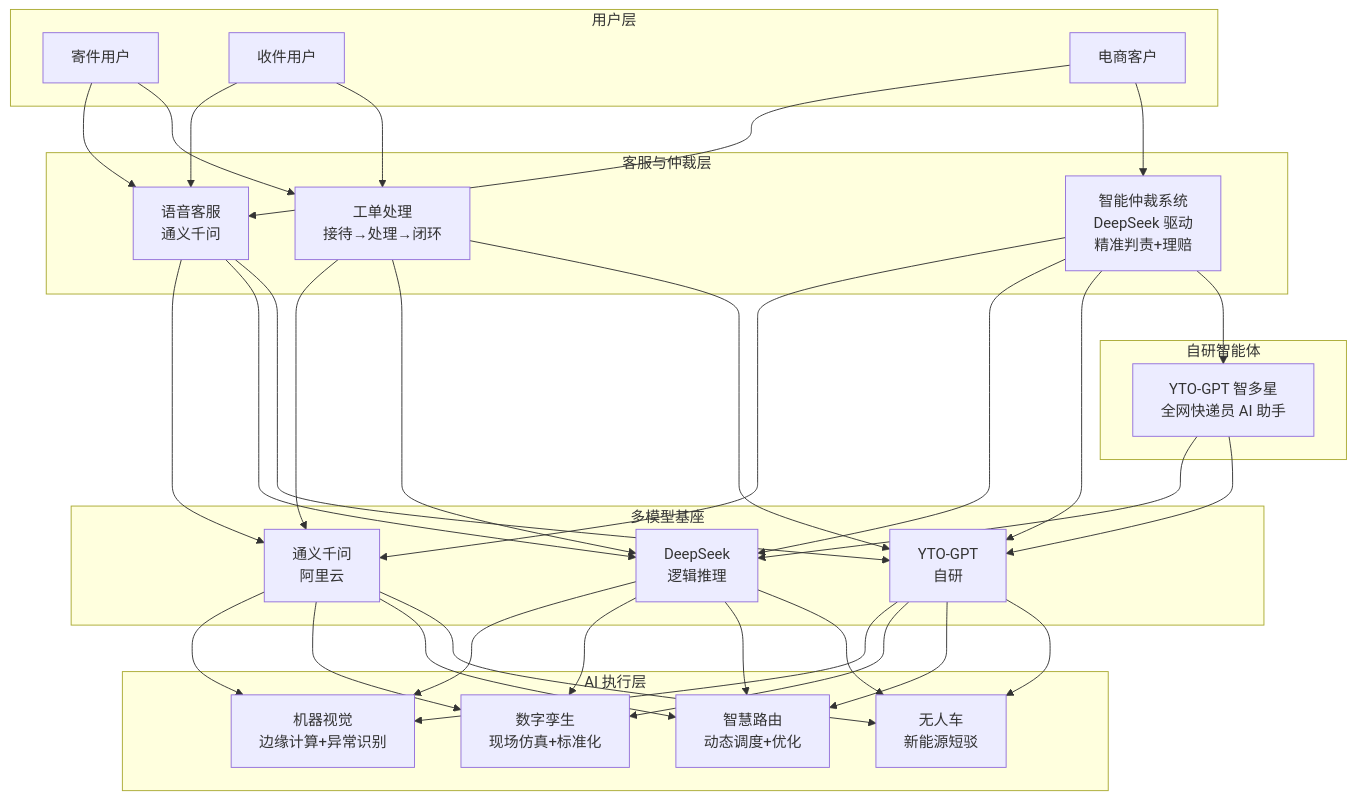
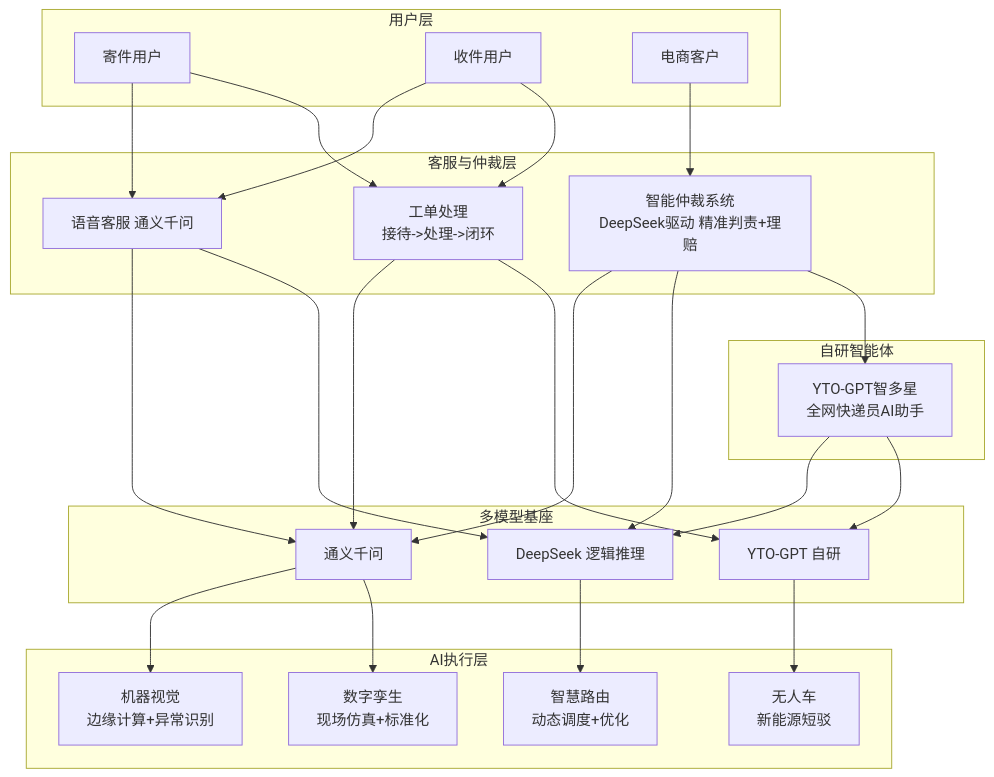
Before and after one commit to wly-163/grid-qa: the fifth of 8 diagrams in 供应链物流智能客服Agent架构图.md, drawn with Mermaid. The commit also changed other lines of this file, not shown here.

First line of the commit message:
fix: 修复Mermaid图语法-去掉&多目标箭头和emoji

````diff
--- a/供应链物流智能客服Agent架构图.md
+++ b/供应链物流智能客服Agent架构图.md
@@ -268,39 +324,50 @@
 ```mermaid
 flowchart TB
     subgraph 用户层
-        S["寄件用户"]
+        S1["寄件用户"]
         R["收件用户"]
         B["电商客户"]
     end
 
     subgraph 客服与仲裁层
-        VS["语音客服<br>通义千问"]
-        ARB["智能仲裁系统<br>DeepSeek 驱动<br>精准判责+理赔"]
-        TK["工单处理<br>接待→处理→闭环"]
+        VS["语音客服 通义千问"]
+        ARB["智能仲裁系统<br>DeepSeek驱动 精准判责+理赔"]
+        TK["工单处理<br>接待->处理->闭环"]
     end
 
     subgraph 自研智能体
-        YTO["YTO-GPT 智多星<br>全网快递员 AI 助手"]
+        YTO["YTO-GPT智多星<br>全网快递员AI助手"]
     end
 
     subgraph 多模型基座
-        QW["通义千问<br>阿里云"]
-        DS["DeepSeek<br>逻辑推理"]
-        YG["YTO-GPT<br>自研"]
+        QW["通义千问"]
+        DS["DeepSeek 逻辑推理"]
+        YG["YTO-GPT 自研"]
     end
 
-    subgraph AI 执行层
+    subgraph AI执行层
         CV["机器视觉<br>边缘计算+异常识别"]
         DT["数字孪生<br>现场仿真+标准化"]
-        SR["智慧路由<br>动态调度+优化"]
+        SR2["智慧路由<br>动态调度+优化"]
         UV["无人车<br>新能源短驳"]
     end
 
-    S & R & B --> VS
+    S1 --> VS
+    R --> VS
     B --> ARB
-    S & R --> TK
-    VS & ARB & TK --> QW & DS & YG
-    YTO --> DS & YG
-    QW & DS & YG --> CV & DT & SR & UV
+    S1 --> TK
+    R --> TK
+    VS --> QW
+    VS --> DS
+    ARB --> QW
+    ARB --> DS
+    TK --> QW
+    TK --> YG
+    YTO --> DS
+    YTO --> YG
+    QW --> CV
+    QW --> DT
+    DS --> SR2
+    YG --> UV
     ARB --> YTO
 ```
````
